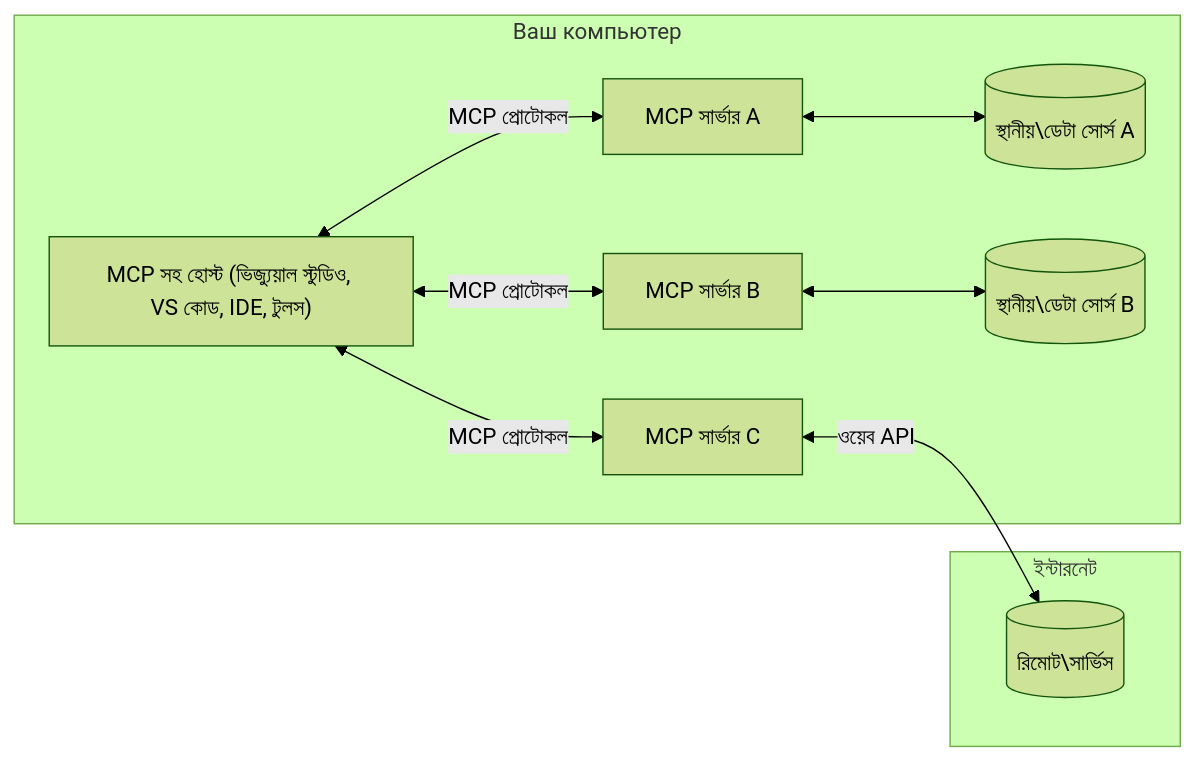
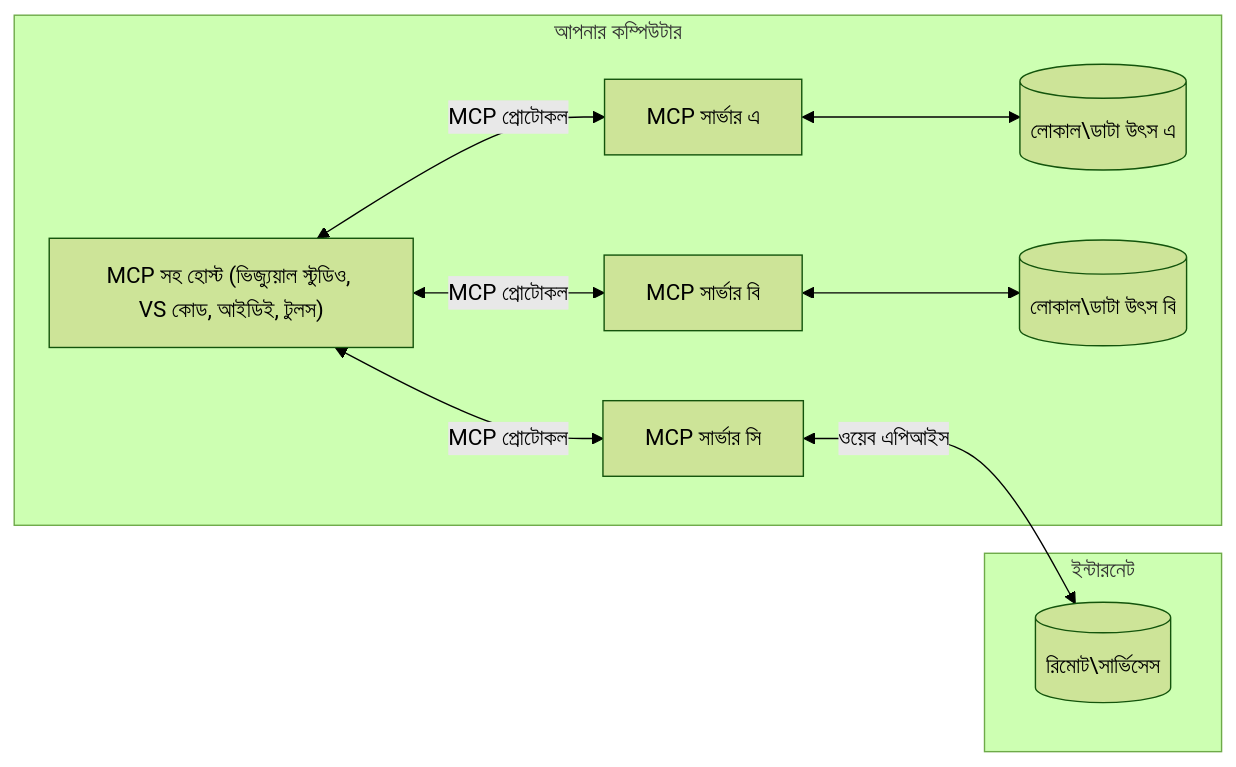
The diagram in translations/bn/01-CoreConcepts/README.md (Mu-L/mcp-for-beginners), drawn with Mermaid (forest theme) before and after one commit. The commit also changed other lines of this file and 5 other files, not shown here.

````diff
--- a/translations/bn/01-CoreConcepts/README.md
+++ b/translations/bn/01-CoreConcepts/README.md
@@ -45,17 +45,17 @@
 ```mermaid
 flowchart LR
-    subgraph "Ваш компьютер"
-        Host["MCP সহ হোস্ট (ভিজ্যুয়াল স্টুডিও, VS কোড, IDE, টুলস)"]
-        S1["MCP সার্ভার A"]
-        S2["MCP সার্ভার B"]
-        S3["MCP সার্ভার C"]
+    subgraph "আপনার কম্পিউটার"
+        Host["MCP সহ হোস্ট (ভিজ্যুয়াল স্টুডিও, VS কোড, আইডিই, টুলস)"]
+        S1["MCP সার্ভার এ"]
+        S2["MCP সার্ভার বি"]
+        S3["MCP সার্ভার সি"]
         Host <-->|"MCP প্রোটোকল"| S1
         Host <-->|"MCP প্রোটোকল"| S2
         Host <-->|"MCP প্রোটোকল"| S3
-        S1 <--> D1[("স্থানীয়\ডেটা সোর্স A")]
-        S2 <--> D2[("স্থানীয়\ডেটা সোর্স B")]
+        S1 <--> D1[("লোকাল\ডাটা উৎস এ")]
+        S2 <--> D2[("লোকাল\ডাটা উৎস বি")]
     end
     subgraph "ইন্টারনেট"
-        S3 <-->|"ওয়েব API"| D3[("রিমোট\সার্ভিস")]
+        S3 <-->|"ওয়েব এপিআইস"| D3[("রিমোট\সার্ভিসেস")]
     end
 ```
````
